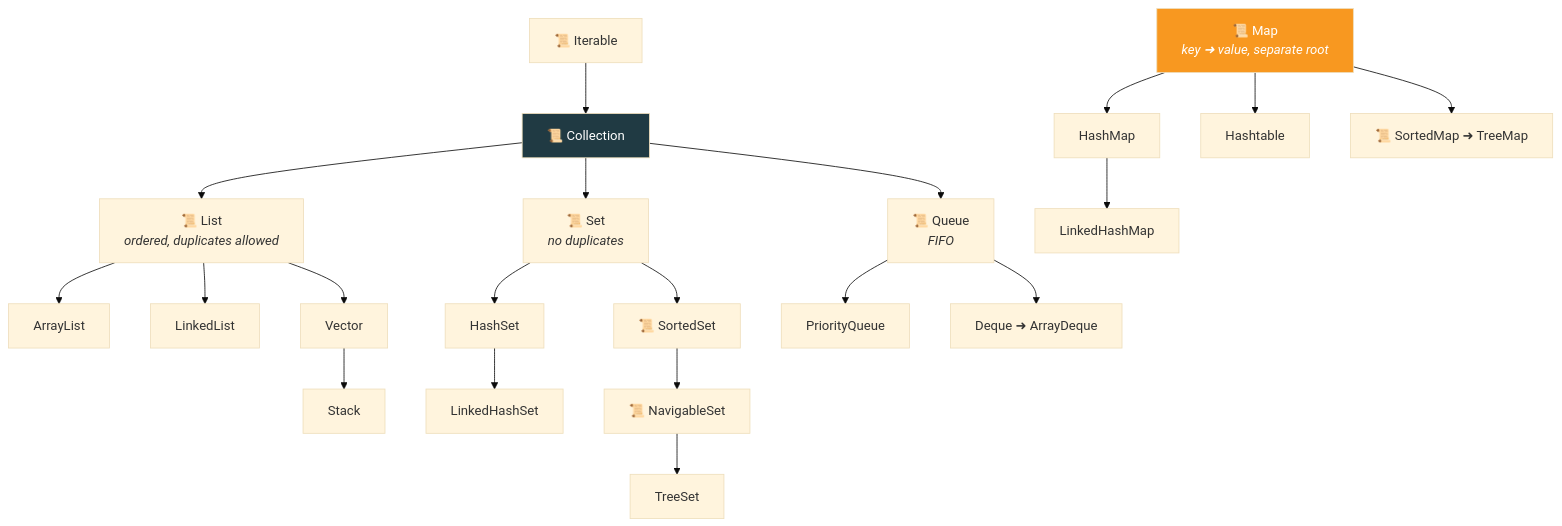
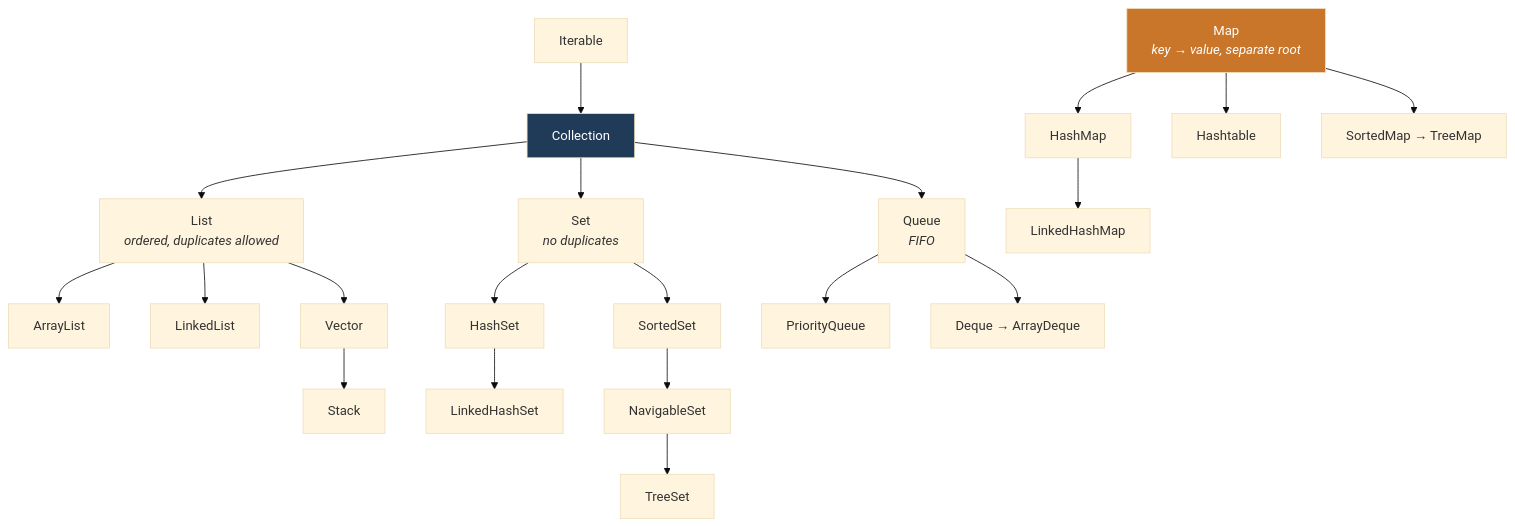
Before and after one commit to kundankumarsharma56/Leaning-Java: the diagram in src/Theory/08-Collections-Framework/01-Collections-Introduction.md, drawn with Mermaid (base theme). The commit also changed other lines of this file and 84 other files, not shown here.

````diff
--- a/src/Theory/08-Collections-Framework/01-Collections-Introduction.md
+++ b/src/Theory/08-Collections-Framework/01-Collections-Introduction.md
@@ -37,19 +37,19 @@
 ```mermaid
 flowchart TD
-    IT["📜 Iterable"] --> C["📜 Collection"]
-    C --> L["📜 List<br/><i>ordered, duplicates allowed</i>"]
-    C --> S["📜 Set<br/><i>no duplicates</i>"]
-    C --> Q["📜 Queue<br/><i>FIFO</i>"]
+    IT["Iterable"] --> C["Collection"]
+    C --> L["List<br/><i>ordered, duplicates allowed</i>"]
+    C --> S["Set<br/><i>no duplicates</i>"]
+    C --> Q["Queue<br/><i>FIFO</i>"]
     L --> L1["ArrayList"]
     L --> L2["LinkedList"]
     L --> L3["Vector"] --> L4["Stack"]
     S --> S1["HashSet"] --> S2["LinkedHashSet"]
-    S --> S3["📜 SortedSet"] --> S4["📜 NavigableSet"] --> S5["TreeSet"]
+    S --> S3["SortedSet"] --> S4["NavigableSet"] --> S5["TreeSet"]
     Q --> Q1["PriorityQueue"]
-    Q --> Q2["Deque ➜ ArrayDeque"]
-    M["📜 Map<br/><i>key ➜ value, separate root</i>"] --> M1["HashMap"] --> M2["LinkedHashMap"]
+    Q --> Q2["Deque → ArrayDeque"]
+    M["Map<br/><i>key → value, separate root</i>"] --> M1["HashMap"] --> M2["LinkedHashMap"]
     M --> M3["Hashtable"]
-    M --> M4["📜 SortedMap ➜ TreeMap"]
-    style C fill:#203a43,color:#fff
-    style M fill:#f89820,color:#fff
+    M --> M4["SortedMap → TreeMap"]
+    style C fill:#1f3b57,color:#fff
+    style M fill:#c9762a,color:#fff
 ```
````
